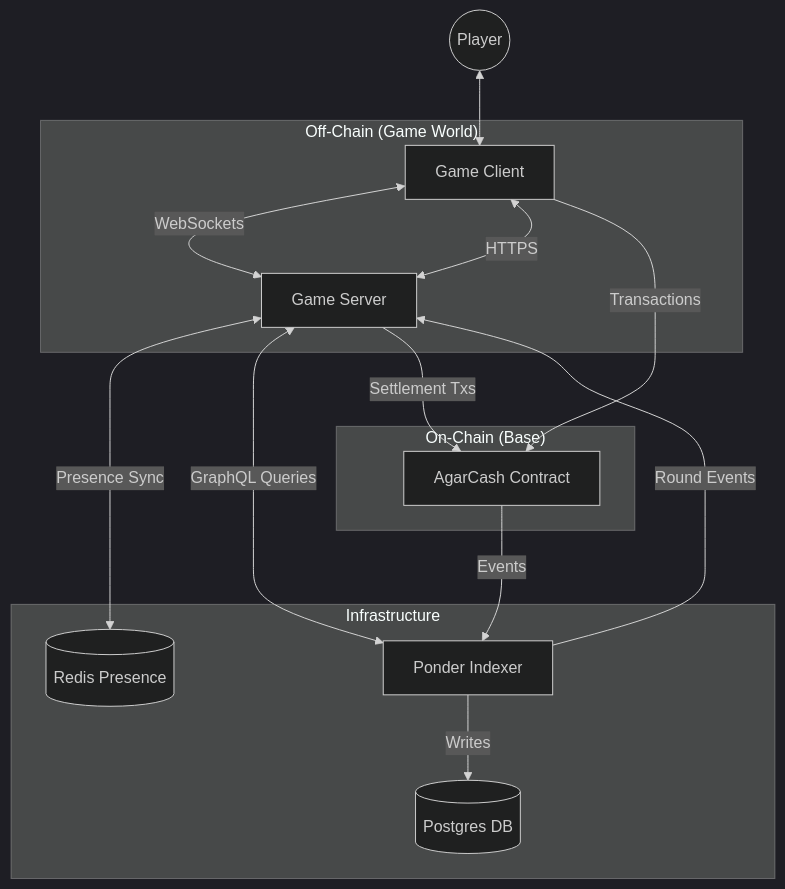
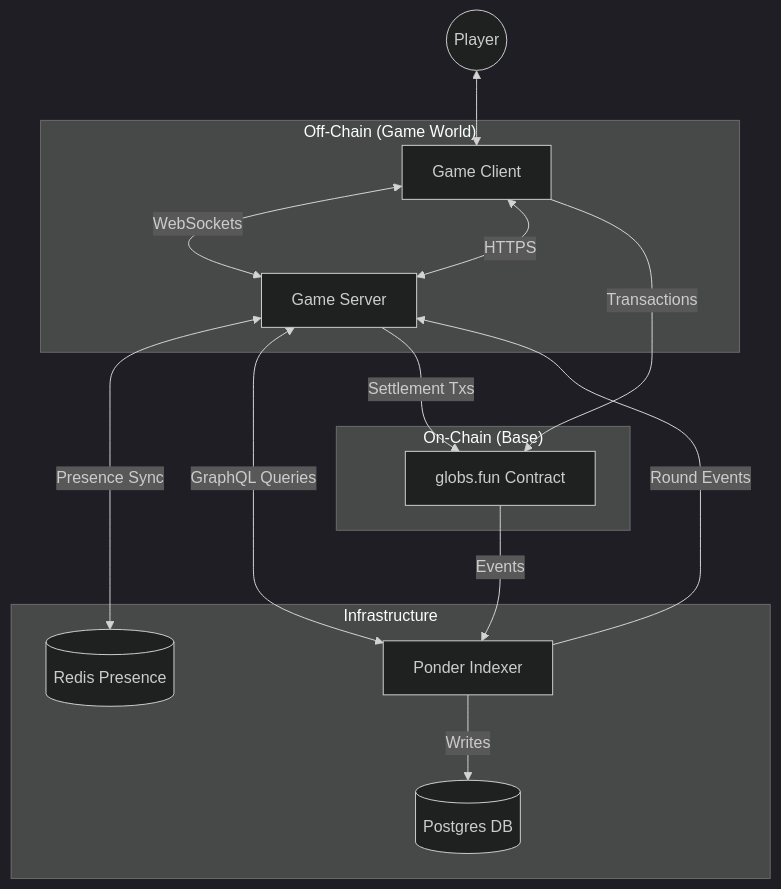
The first of 9 diagrams in ARCHITECTURE.md (TheExpandingPolytope/goonverse), drawn with Mermaid (dark theme) before and after one commit. The commit also changed other lines of this file and 5 other files, not shown here.

````diff
--- a/ARCHITECTURE.md
+++ b/ARCHITECTURE.md
@@ -11,30 +11,30 @@
 ```mermaid
 graph TD
     User((Player))
     
     subgraph "Off-Chain (Game World)"
         Client[Game Client]
         Server[Game Server]
     end
     
     subgraph "On-Chain (Base)"
-        Contract[AgarCash Contract]
+        Contract[globs.fun Contract]
     end
     
     subgraph "Infrastructure"
         Redis[(Redis Presence)]
         Ponder[Ponder Indexer]
         DB[(Postgres DB)]
     end
 
     User <--> Client
     Client <-->|WebSockets| Server
     Client <-->|HTTPS| Server
     Server <-->|Presence Sync| Redis
     Client -->|Transactions| Contract
     Server <-->|GraphQL Queries| Ponder
     Server -->|Settlement Txs| Contract
     Contract -->|Events| Ponder
     Ponder -->|Writes| DB
     Ponder -->|Round Events| Server
 ```
````
